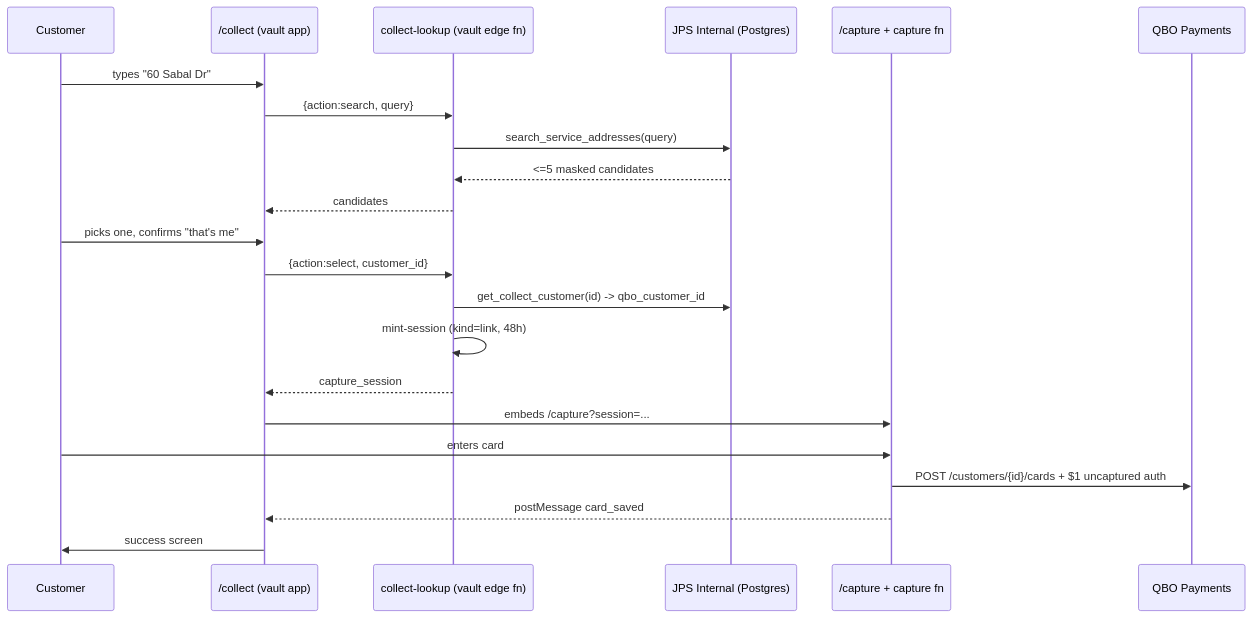
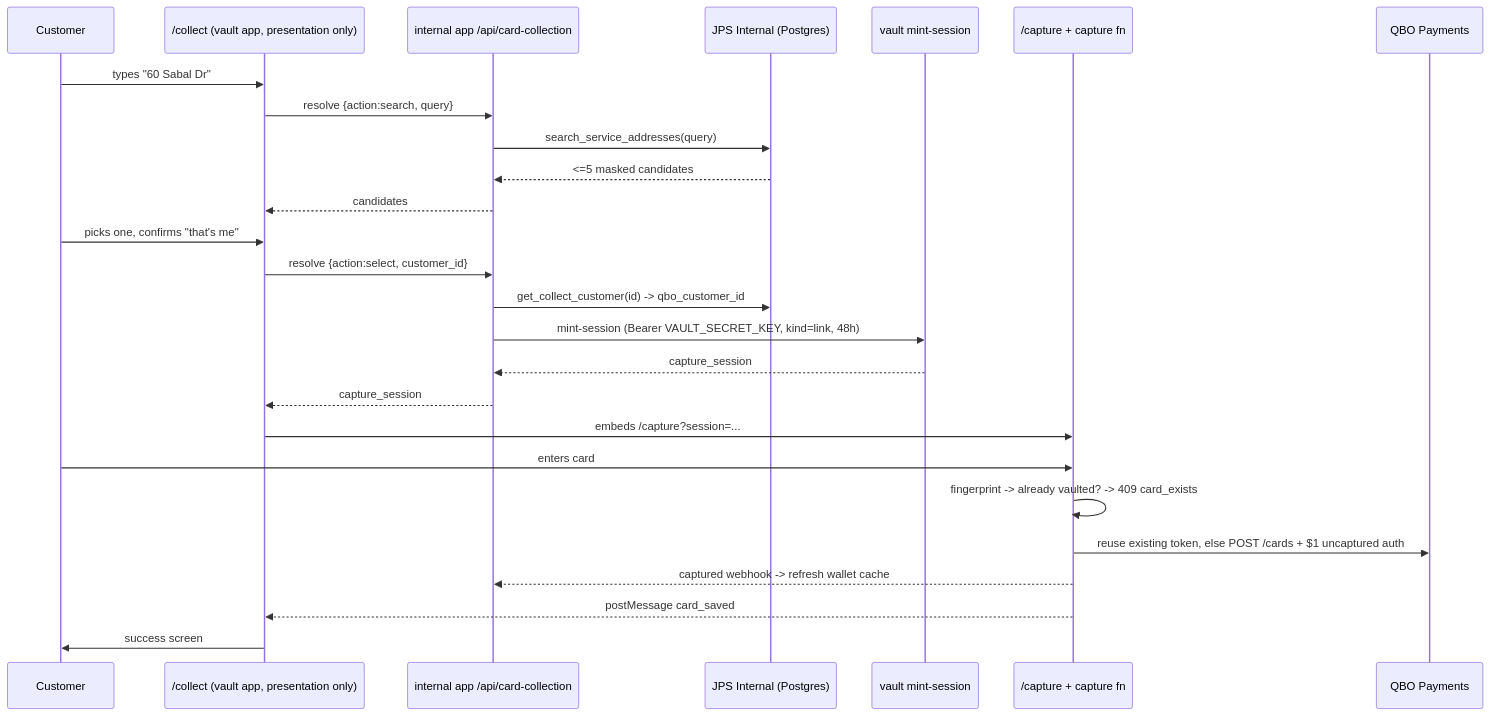
The diagram in docs/flows/card-on-file-collection/index.md (jeffspoolspa/servicebilling), drawn with Mermaid before and after one commit. The commit also changed other lines of this file, not shown here.

First line of the commit message:
docs(payments): flow doc matches the deployed architecture

````diff
--- a/docs/flows/card-on-file-collection/index.md
+++ b/docs/flows/card-on-file-collection/index.md
@@ -28,25 +28,29 @@
 ```mermaid
 sequenceDiagram
   participant C as Customer
-  participant P as /collect (vault app)
-  participant F as collect-lookup (vault edge fn)
+  participant P as /collect (vault app, presentation only)
+  participant A as internal app /api/card-collection
   participant DB as JPS Internal (Postgres)
+  participant M as vault mint-session
   participant V as /capture + capture fn
   participant Q as QBO Payments
 
   C->>P: types "60 Sabal Dr"
-  P->>F: {action:search, query}
-  F->>DB: search_service_addresses(query)
-  DB-->>F: <=5 masked candidates
-  F-->>P: candidates
+  P->>A: resolve {action:search, query}
+  A->>DB: search_service_addresses(query)
+  DB-->>A: <=5 masked candidates
+  A-->>P: candidates
   C->>P: picks one, confirms "that's me"
-  P->>F: {action:select, customer_id}
-  F->>DB: get_collect_customer(id) -> qbo_customer_id
-  F->>F: mint-session (kind=link, 48h)
-  F-->>P: capture_session
+  P->>A: resolve {action:select, customer_id}
+  A->>DB: get_collect_customer(id) -> qbo_customer_id
+  A->>M: mint-session (Bearer VAULT_SECRET_KEY, kind=link, 48h)
+  M-->>A: capture_session
+  A-->>P: capture_session
   P->>V: embeds /capture?session=...
   C->>V: enters card
-  V->>Q: POST /customers/{id}/cards + $1 uncaptured auth
+  V->>V: fingerprint -> already vaulted? -> 409 card_exists
+  V->>Q: reuse existing token, else POST /cards + $1 uncaptured auth
+  V-->>A: captured webhook -> refresh wallet cache
   V-->>P: postMessage card_saved
   P->>C: success screen
 ```
````
